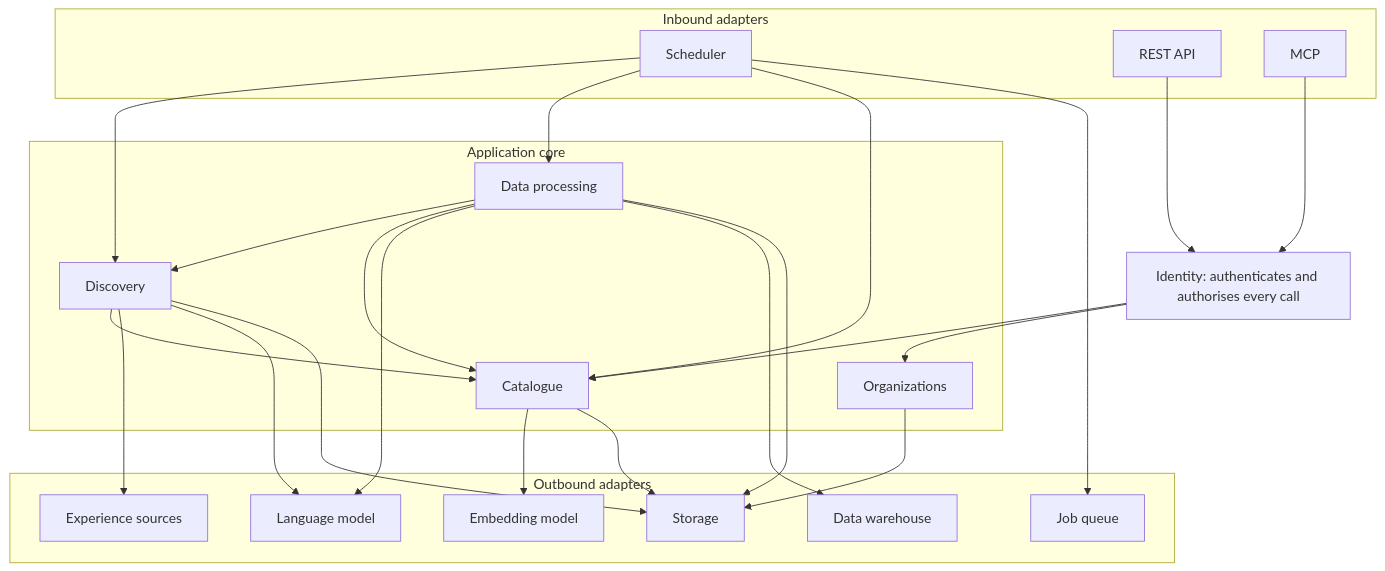
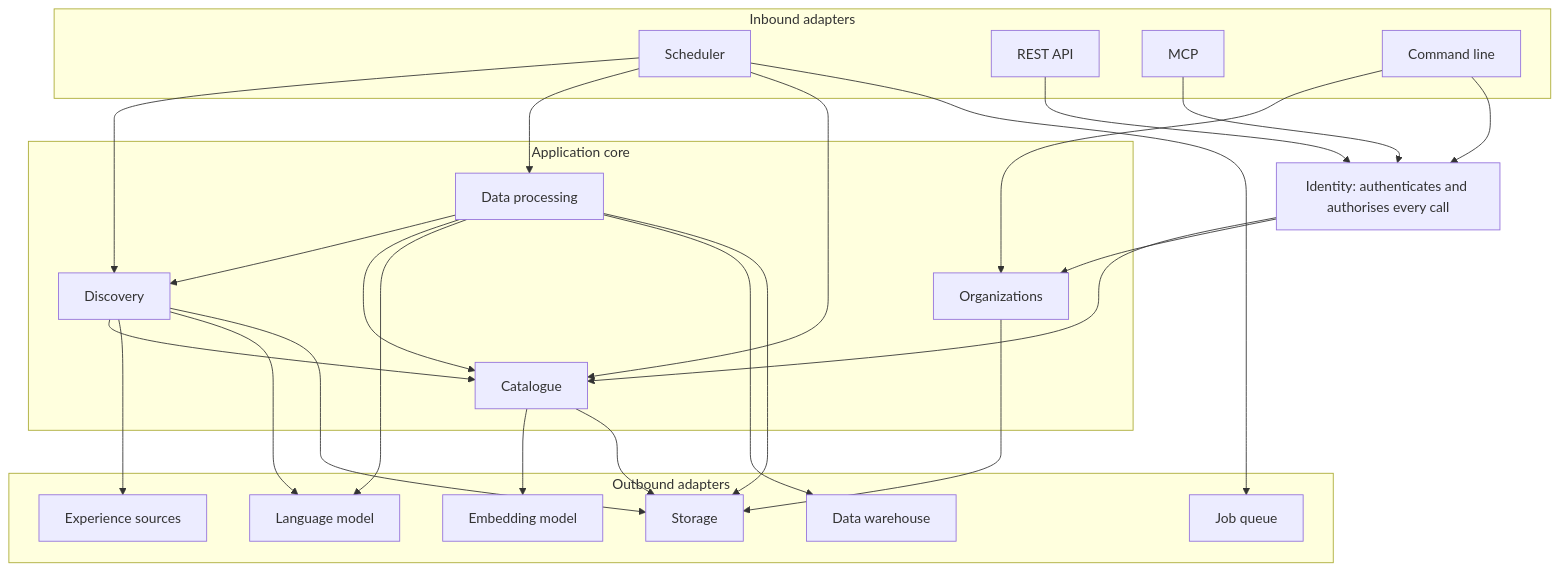
The diagram in docs/architecture.md (mdwt/magic-events), drawn with Mermaid before and after one commit. The commit also changed other lines of this file, not shown here.

First line of the commit message:
Docs: the API is for clients only, and a system admin onboards, suspends and issues and revokes keys from the command line

````diff
--- a/docs/architecture.md
+++ b/docs/architecture.md
@@ -83,43 +83,46 @@
 ```mermaid
 flowchart TB
   subgraph Inbound adapters
     SCH[Scheduler]
     REST[REST API]
     MCP[MCP]
+    CLI[Command line]
   end
   ID[Identity: authenticates and authorises every call]
   subgraph Application core
     DIS[Discovery]
     DP[Data processing]
     CAT[Catalogue]
     ORG[Organizations]
   end
   subgraph Outbound adapters
     SRC[Experience sources]
     LM[Language model]
     EM[Embedding model]
     DW[Data warehouse]
     STO[Storage]
     JQ[Job queue]
   end
   REST --> ID
   MCP --> ID
+  CLI --> ORG
+  CLI --> ID
   ID --> CAT
   ID --> ORG
   SCH --> DIS
   SCH --> DP
   SCH --> CAT
   SCH --> JQ
   DIS --> CAT
   DP --> DIS
   DP --> CAT
   DIS --> SRC
   DIS --> LM
   DP --> LM
   CAT --> EM
   DP --> DW
   DIS --> STO
   DP --> STO
   CAT --> STO
   ORG --> STO
 ```
````
